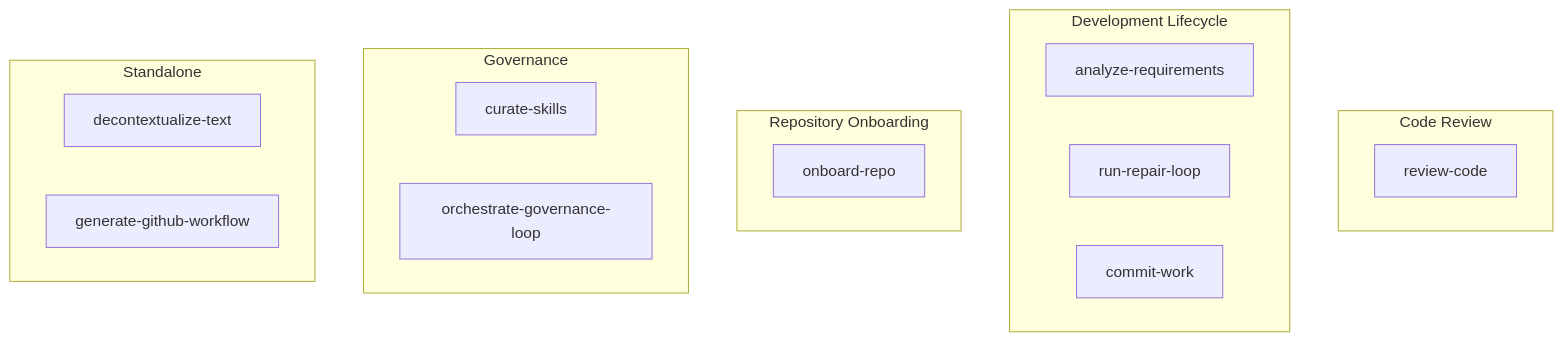
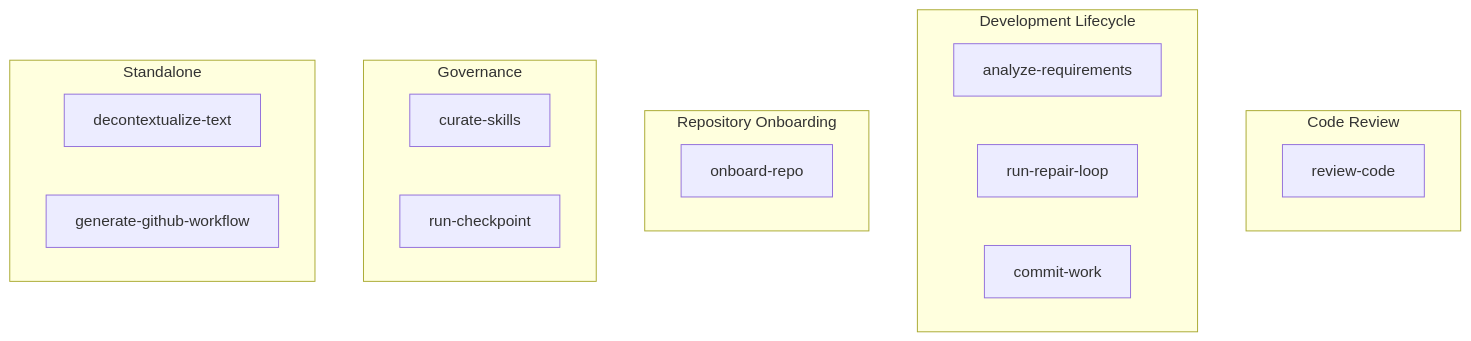
Before and after one commit to nesnilnehc/ai-cortex: the first of 6 diagrams in skills/skillgraph.md, drawn with Mermaid. The commit also changed other lines of this file and 49 other files, not shown here.

First line of the commit message:
refactor(skills): rename four skills, add Phase 0.5 to run-checkpoint

````diff
--- a/skills/skillgraph.md
+++ b/skills/skillgraph.md
@@ -21,22 +21,22 @@
 ```mermaid
 flowchart TB
   subgraph review [Code Review]
     rc[review-code]
   end
   subgraph lifecycle [Development Lifecycle]
     req[analyze-requirements]
     repair[run-repair-loop]
     commit[commit-work]
   end
   subgraph onboarding [Repository Onboarding]
     onboard[onboard-repo]
   end
   subgraph governance [Governance]
     curate[curate-skills]
-    loop[orchestrate-governance-loop]
+    loop[run-checkpoint]
   end
   subgraph standalone [Standalone]
     dectx[decontextualize-text]
     gwf[generate-github-workflow]
   end
 ```
````
